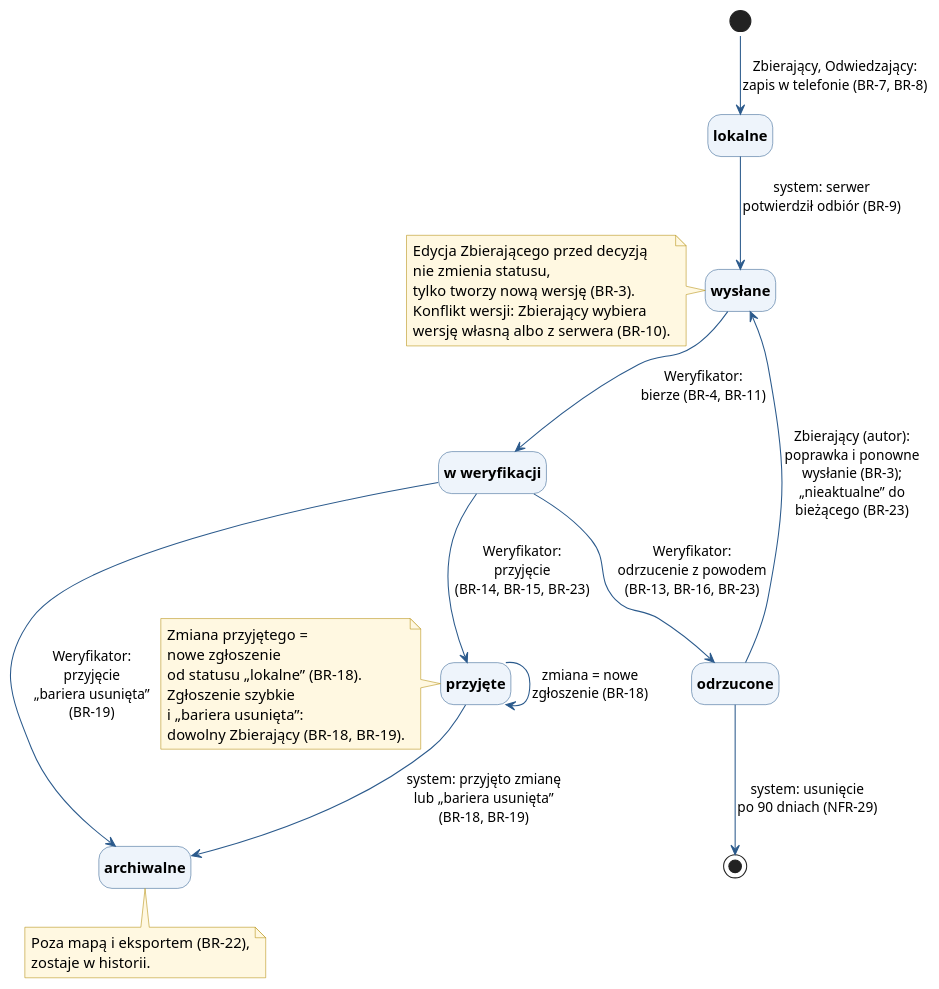
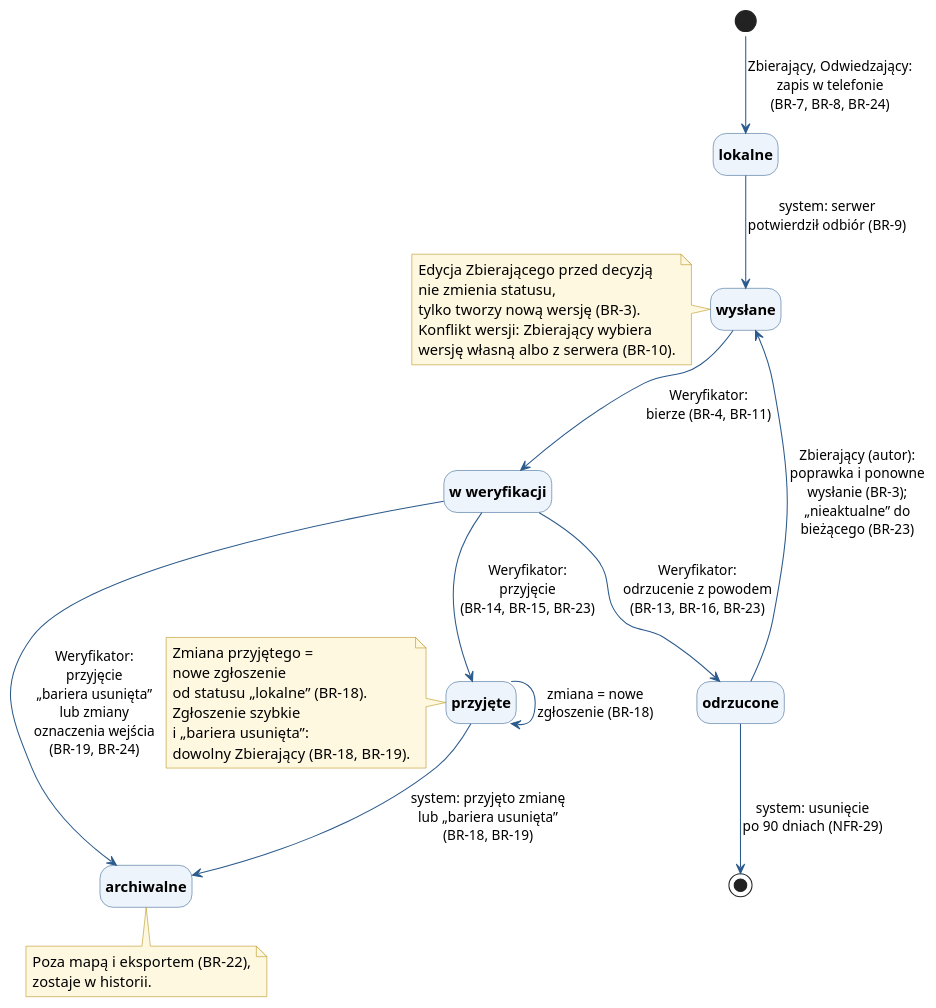
One commit to dostepny-kampus/dostepny-kampus changed the diagram in docs/docs/biznes/cykl-zgloszenia.puml. Above: the diagram before and after it, drawn with PlantUML. The commit also changed 1 other file, not shown here.

```diff
--- a/docs/docs/biznes/cykl-zgloszenia.puml
+++ b/docs/docs/biznes/cykl-zgloszenia.puml
@@ -1,56 +1,56 @@
 @startuml
 !pragma layout smetana
 hide empty description
 skinparam defaultFontSize 14
 skinparam ArrowColor #2B5A8C
 skinparam ArrowFontSize 13
 skinparam state {
   BackgroundColor #EEF4FB
   BorderColor #2B5A8C
   FontStyle bold
 }
 skinparam note {
   BackgroundColor #FFF8E1
   BorderColor #B08900
 }
 
 state "lokalne" as L
 state "wysłane" as W
 state "w weryfikacji" as V
 state "przyjęte" as P
 state "odrzucone" as O
 state "archiwalne" as A
 
-[*] --> L : Zbierający, Odwiedzający:\nzapis w telefonie (BR-7, BR-8)
+[*] --> L : Zbierający, Odwiedzający:\nzapis w telefonie\n(BR-7, BR-8, BR-24)
 L --> W : system: serwer\npotwierdził odbiór (BR-9)
 W --> V : Weryfikator:\nbierze (BR-4, BR-11)
 V --> P : Weryfikator:\nprzyjęcie\n(BR-14, BR-15, BR-23)
 V --> O : Weryfikator:\nodrzucenie z powodem\n(BR-13, BR-16, BR-23)
 O --> W : Zbierający (autor):\npoprawka i ponowne\nwysłanie (BR-3);\n„nieaktualne” do\nbieżącego (BR-23)
 O --> [*] : system: usunięcie\npo 90 dniach (NFR-29)
 P --> A : system: przyjęto zmianę\nlub „bariera usunięta”\n(BR-18, BR-19)
 P --> P : zmiana = nowe\nzgłoszenie (BR-18)
-V --> A : Weryfikator:\nprzyjęcie\n„bariera usunięta”\n(BR-19)
+V --> A : Weryfikator:\nprzyjęcie\n„bariera usunięta”\nlub zmiany\noznaczenia wejścia\n(BR-19, BR-24)
 
 note left of P
   Zmiana przyjętego =
   nowe zgłoszenie
   od statusu „lokalne” (BR-18).
   Zgłoszenie szybkie
   i „bariera usunięta”:
   dowolny Zbierający (BR-18, BR-19).
 end note
 
 note bottom of A
   Poza mapą i eksportem (BR-22),
   zostaje w historii.
 end note
 
 note left of W
   Edycja Zbierającego przed decyzją
   nie zmienia statusu,
   tylko tworzy nową wersję (BR-3).
   Konflikt wersji: Zbierający wybiera
   wersję własną albo z serwera (BR-10).
 end note
 @enduml
```
